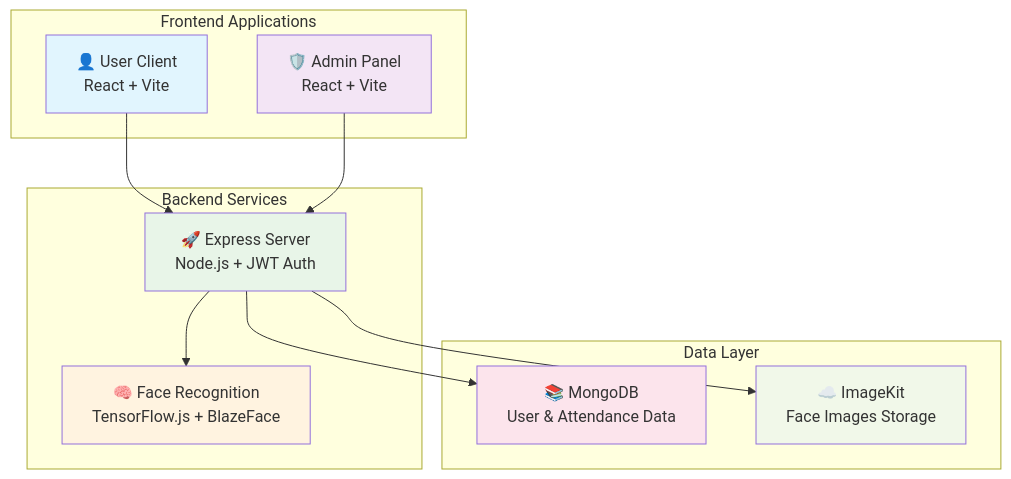
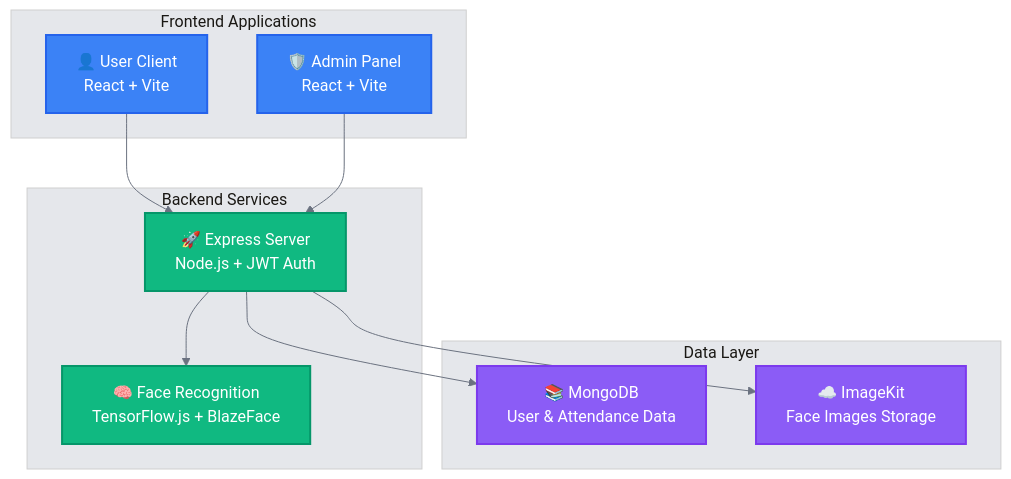
The first of 2 diagrams in README.md (AAYUSH412/Face-Recognition-Attendance-System), drawn with Mermaid before and after one commit. The commit also changed other lines of this file and 30 other files, not shown here.

````diff
--- a/README.md
+++ b/README.md
@@ -97,30 +119,32 @@
 ```mermaid
+%%{init: {'theme':'base', 'themeVariables': { 'primaryColor': '#6366f1', 'primaryTextColor': '#1f2937', 'primaryBorderColor': '#4f46e5', 'lineColor': '#6b7280', 'sectionBkgColor': 'transparent', 'altSectionBkgColor': 'transparent', 'gridColor': '#374151', 'secondaryColor': '#f3f4f6', 'tertiaryColor': '#e5e7eb'}}}%%
 graph TB
     subgraph "Frontend Applications"
         A[👤 User Client<br/>React + Vite]
         B[🛡️ Admin Panel<br/>React + Vite]
     end
     
     subgraph "Backend Services"
         C[🚀 Express Server<br/>Node.js + JWT Auth]
         D[🧠 Face Recognition<br/>TensorFlow.js + BlazeFace]
     end
     
     subgraph "Data Layer"
         E[📚 MongoDB<br/>User & Attendance Data]
         F[☁️ ImageKit<br/>Face Images Storage]
     end
     
     A --> C
     B --> C
     C --> D
     C --> E
     C --> F
     
-    style A fill:#e1f5fe
-    style B fill:#f3e5f5
-    style C fill:#e8f5e8
-    style D fill:#fff3e0
-    style E fill:#fce4ec
-    style F fill:#f1f8e9
+    classDef frontend fill:#3b82f6,stroke:#2563eb,stroke-width:2px,color:#ffffff
+    classDef backend fill:#10b981,stroke:#059669,stroke-width:2px,color:#ffffff
+    classDef data fill:#8b5cf6,stroke:#7c3aed,stroke-width:2px,color:#ffffff
+    
+    class A,B frontend
+    class C,D backend
+    class E,F data
 ```
````
